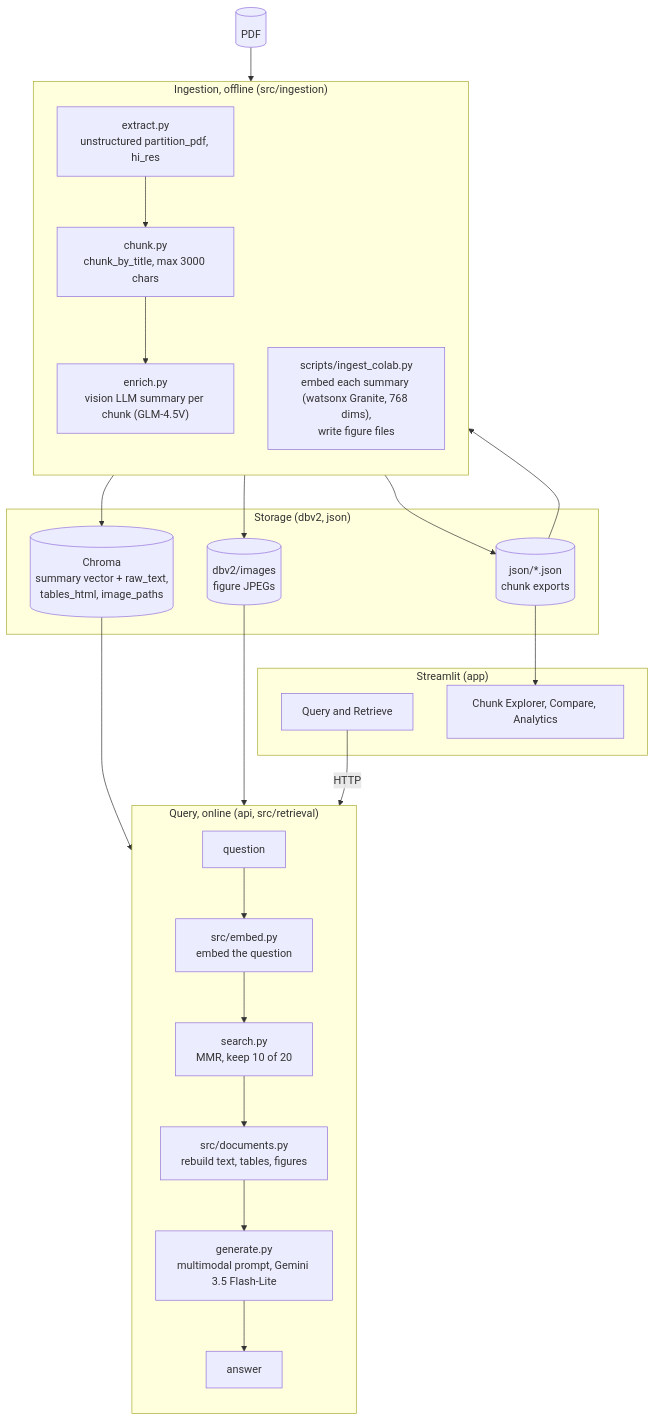
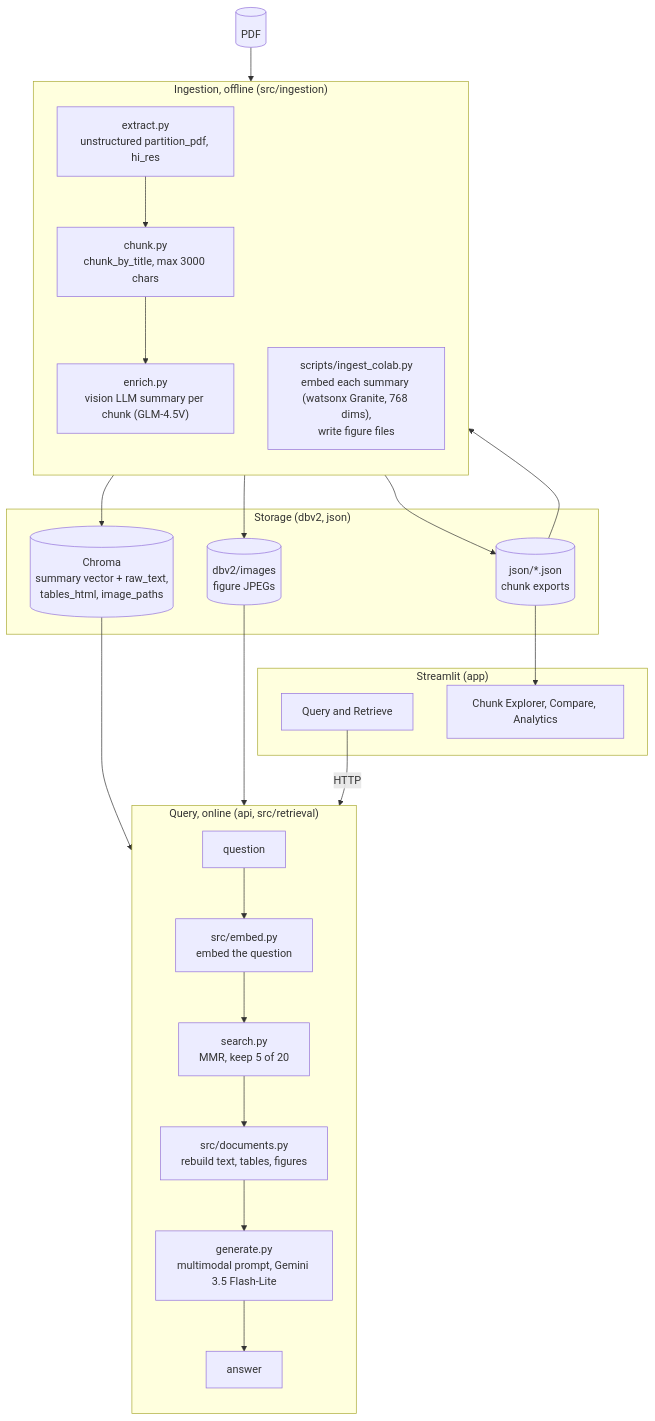
One commit to amehnd/Ki-Craft changed the diagram in README.md. Above: the diagram before and after it, drawn with Mermaid. The commit also changed other lines of this file and 14 other files, not shown here.

````diff
--- a/README.md
+++ b/README.md
@@ -62,45 +62,45 @@
 ```mermaid
 flowchart TB
     PDF[("PDF")]
 
     subgraph Ingestion["Ingestion, offline (src/ingestion)"]
         direction TB
         PART["extract.py<br/>unstructured partition_pdf, hi_res"]
         CHUNK["chunk.py<br/>chunk_by_title, max 3000 chars"]
         ENRICH["enrich.py<br/>vision LLM summary per chunk (GLM-4.5V)"]
         BUILD["scripts/ingest_colab.py<br/>embed each summary (watsonx Granite, 768 dims),<br/>write figure files"]
         PART --> CHUNK --> ENRICH
     end
 
     subgraph Storage["Storage (dbv2, json)"]
         CHROMA[("Chroma<br/>summary vector + raw_text,<br/>tables_html, image_paths")]
         IMAGES[("dbv2/images<br/>figure JPEGs")]
         JSON[("json/*.json<br/>chunk exports")]
     end
 
     subgraph Query["Query, online (api, src/retrieval)"]
         direction TB
         Q["question"]
         EMBED_Q["src/embed.py<br/>embed the question"]
-        MMR["search.py<br/>MMR, keep 10 of 20"]
+        MMR["search.py<br/>MMR, keep 5 of 20"]
         REBUILD["src/documents.py<br/>rebuild text, tables, figures"]
         GEN["generate.py<br/>multimodal prompt, Gemini 3.5 Flash-Lite"]
         ANSWER["answer"]
         Q --> EMBED_Q --> MMR --> REBUILD --> GEN --> ANSWER
     end
 
     subgraph UI["Streamlit (app)"]
         CHAT["Query and Retrieve"]
         EXPLORE["Chunk Explorer, Compare, Analytics"]
     end
 
     PDF --> PART
     ENRICH --> JSON
     JSON --> BUILD
     BUILD --> CHROMA
     BUILD --> IMAGES
     CHROMA --> MMR
     IMAGES --> REBUILD
     CHAT -- "HTTP" --> Q
     JSON --> EXPLORE
 ```
````
